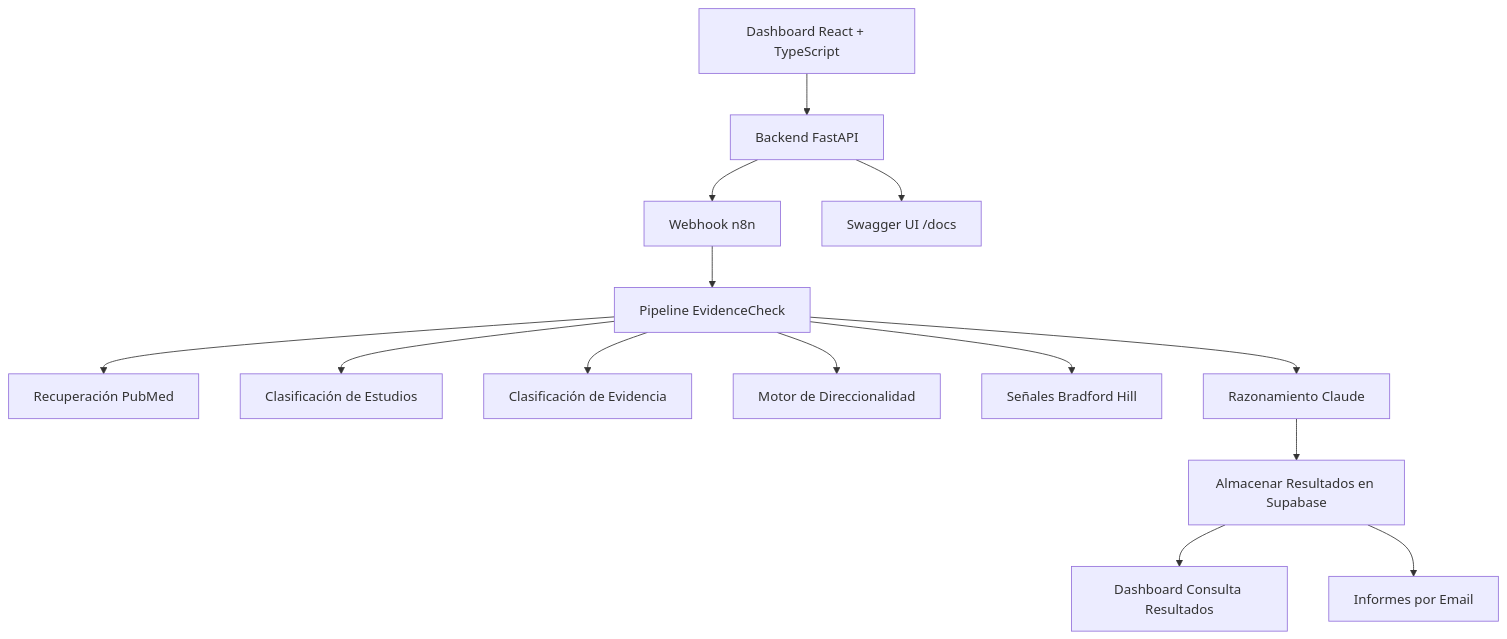
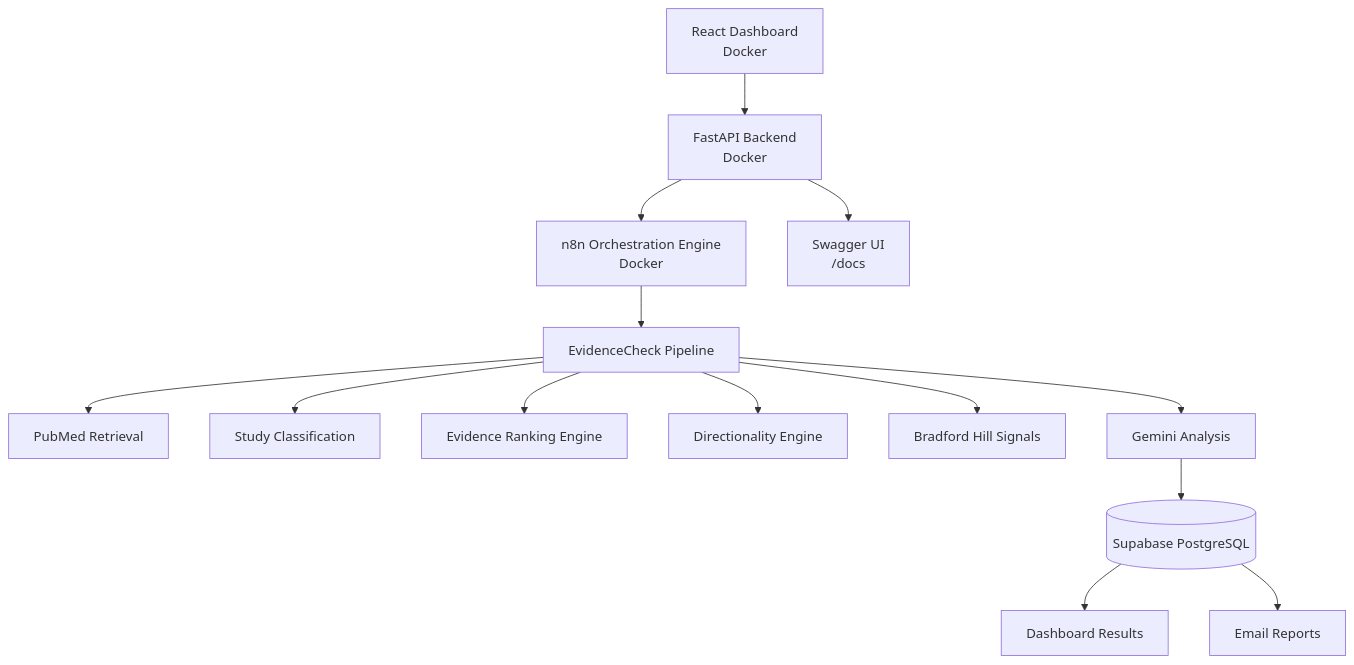
Before and after one commit to alejandro-orbis/EvidenceCheck-AI: the diagram in README_ES.md, drawn with Mermaid. The commit also changed other lines of this file, not shown here.

````diff
--- a/README_ES.md
+++ b/README_ES.md
@@ -237,24 +238,24 @@
 ```mermaid
 flowchart TD
 
-A[Dashboard React + TypeScript]
---> B[Backend FastAPI]
+A[React Dashboard<br/>Docker]
+--> B[FastAPI Backend<br/>Docker]
 
-B --> C[Webhook n8n]
+B --> C[n8n Orchestration Engine<br/>Docker]
 
-C --> D[Pipeline EvidenceCheck]
+C --> D[EvidenceCheck Pipeline]
 
-D --> E[Recuperación PubMed]
-D --> F[Clasificación de Estudios]
-D --> G[Clasificación de Evidencia]
-D --> H[Motor de Direccionalidad]
-D --> I[Señales Bradford Hill]
-D --> J[Razonamiento Claude]
+D --> E[PubMed Retrieval]
+D --> F[Study Classification]
+D --> G[Evidence Ranking Engine]
+D --> H[Directionality Engine]
+D --> I[Bradford Hill Signals]
+D --> J[Gemini Analysis]
 
-J --> K[Almacenar Resultados en Supabase]
+J --> K[(Supabase PostgreSQL)]
 
-K --> L[Dashboard Consulta Resultados]
-K --> M[Informes por Email]
+K --> L[Dashboard Results]
+K --> M[Email Reports]
 
-B --> N[Swagger UI /docs]
+B --> N[Swagger UI<br/>/docs]
 ```
````
